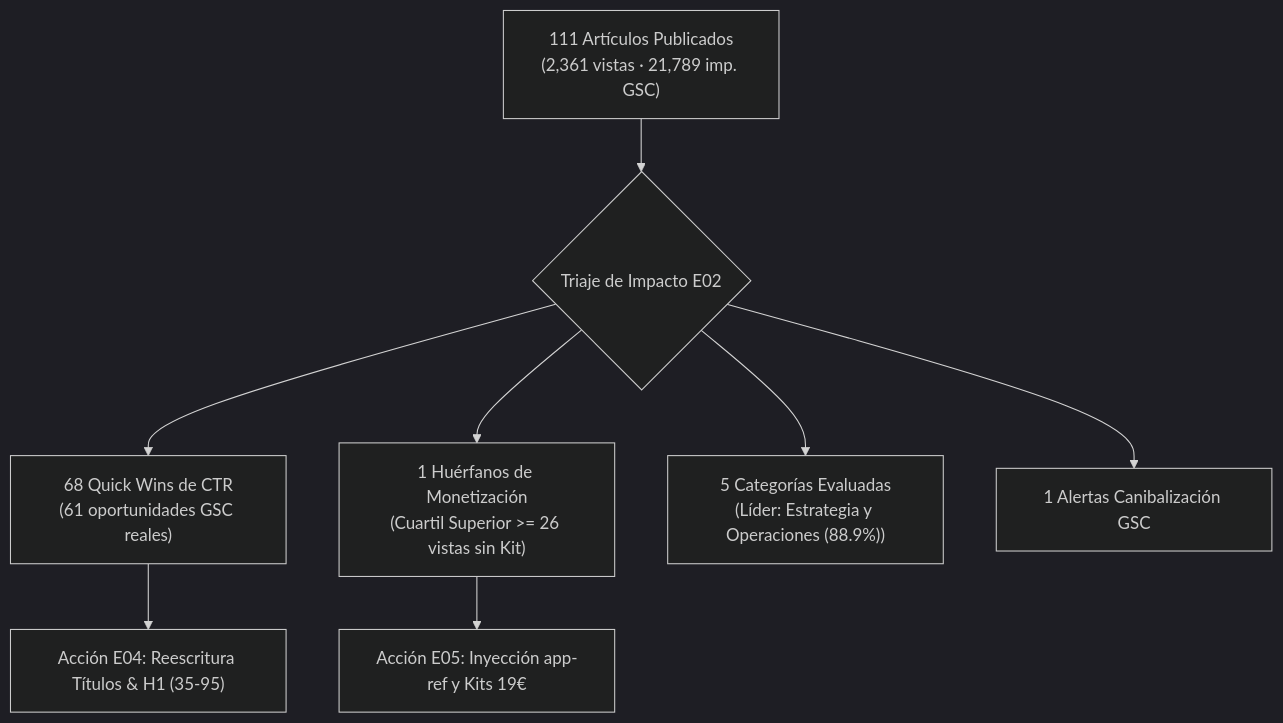
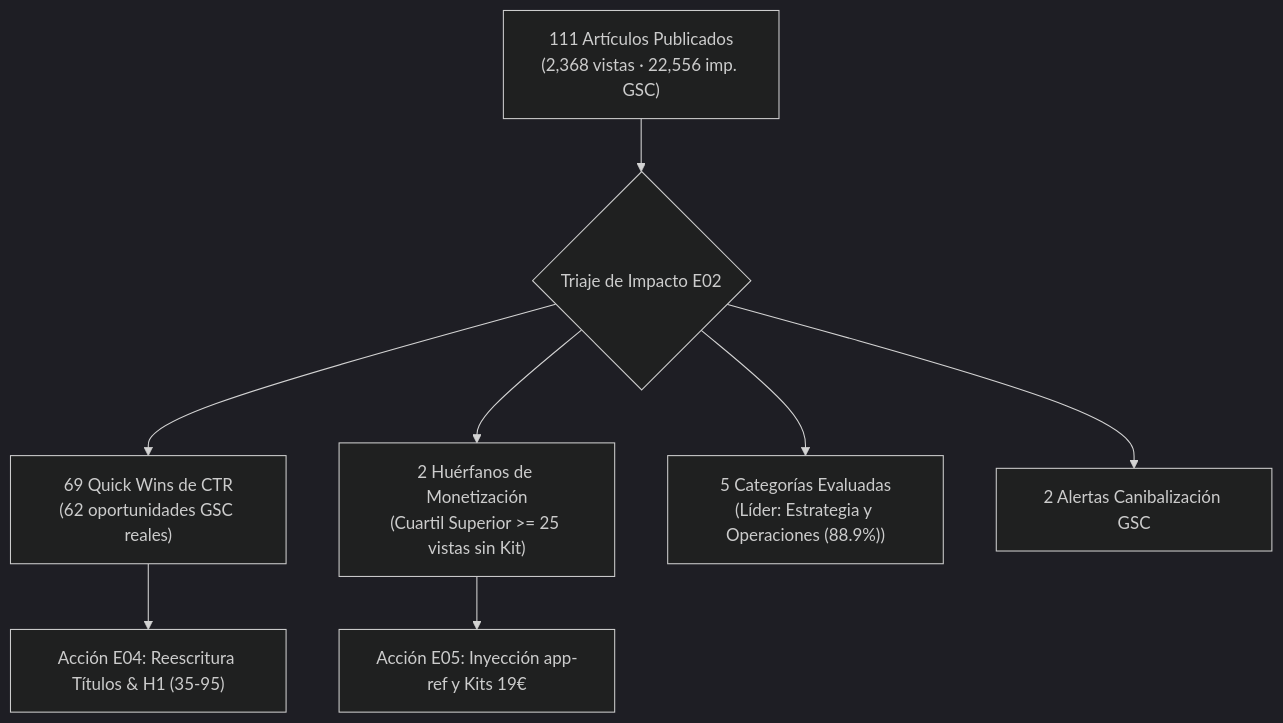
The diagram in specs/audit/IMPACT_REPORT.md (Dalaez/datalaria-website), drawn with Mermaid (dark theme) before and after one commit. The commit also changed other lines of this file and 9 other files, not shown here.

````diff
--- a/specs/audit/IMPACT_REPORT.md
+++ b/specs/audit/IMPACT_REPORT.md
@@ -24,10 +24,10 @@
 ```mermaid
 flowchart TD
-    A["111 Artículos Publicados\n(2,361 vistas · 21,789 imp. GSC)"] --> B{"Triaje de Impacto E02"}
-    B --> C["68 Quick Wins de CTR\n(61 oportunidades GSC reales)"]
-    B --> D["1 Huérfanos de Monetización\n(Cuartil Superior >= 26 vistas sin Kit)"]
+    A["111 Artículos Publicados\n(2,368 vistas · 22,556 imp. GSC)"] --> B{"Triaje de Impacto E02"}
+    B --> C["69 Quick Wins de CTR\n(62 oportunidades GSC reales)"]
+    B --> D["2 Huérfanos de Monetización\n(Cuartil Superior >= 25 vistas sin Kit)"]
     B --> E["5 Categorías Evaluadas\n(Líder: Estrategia y Operaciones (88.9%))"]
-    B --> H["1 Alertas Canibalización GSC"]
+    B --> H["2 Alertas Canibalización GSC"]
     C --> F["Acción E04: Reescritura Títulos & H1 (35-95)"]
     D --> G["Acción E05: Inyección app-ref y Kits 19€"]
 ```
````
